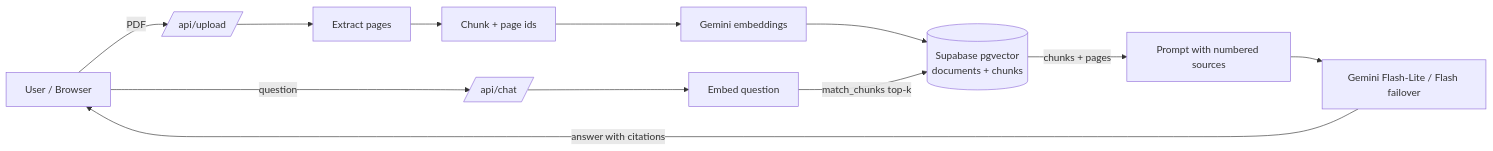
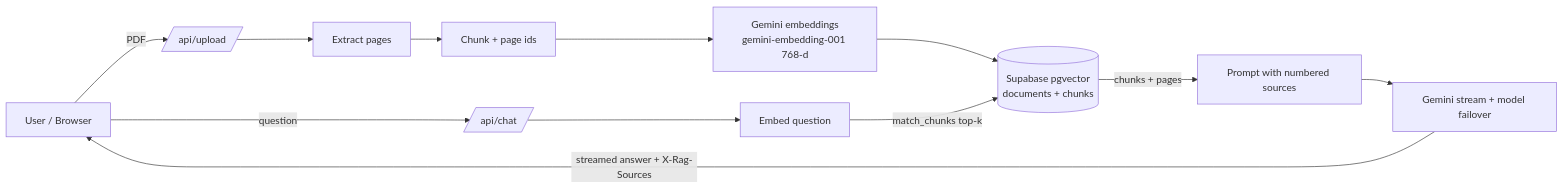
Before and after one commit to drin-tech-tools/rag-doc-chatbot: the diagram in README.md, drawn with Mermaid. The commit also changed other lines of this file and 1 other file, not shown here.

First line of the commit message:
docs: add DEPLOYMENT.md and polish README for current RAG stack

````diff
--- a/README.md
+++ b/README.md
@@ -18,13 +30,13 @@
 ```mermaid
 flowchart LR
   U[User / Browser] -->|PDF| UP[/api/upload/]
   UP --> P[Extract pages] --> C[Chunk + page ids]
-  C --> E1[Gemini embeddings]
+  C --> E1[Gemini embeddings<br/>gemini-embedding-001 768-d]
   E1 --> DB[(Supabase pgvector<br/>documents + chunks)]
   U -->|question| CH[/api/chat/]
   CH --> E2[Embed question]
   E2 -->|match_chunks top-k| DB
   DB -->|chunks + pages| PR[Prompt with numbered sources]
-  PR --> G[Gemini Flash-Lite / Flash failover]
-  G -->|answer with citations| U
+  PR --> G[Gemini stream + model failover]
+  G -->|streamed answer + X-Rag-Sources| U
 ```
````
